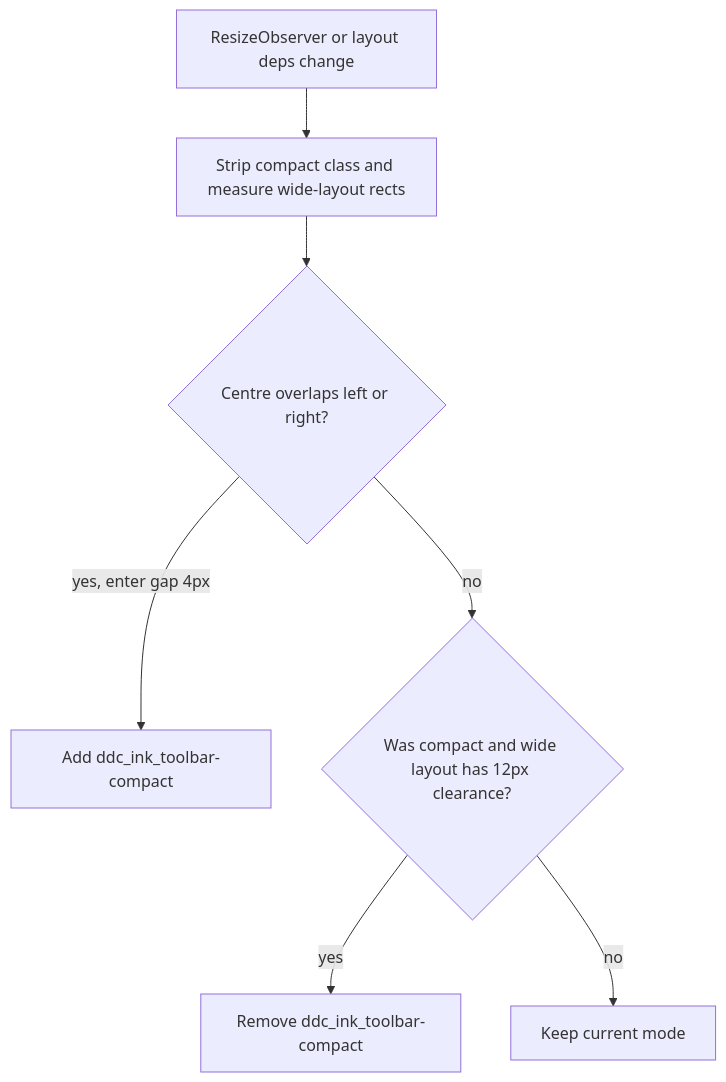
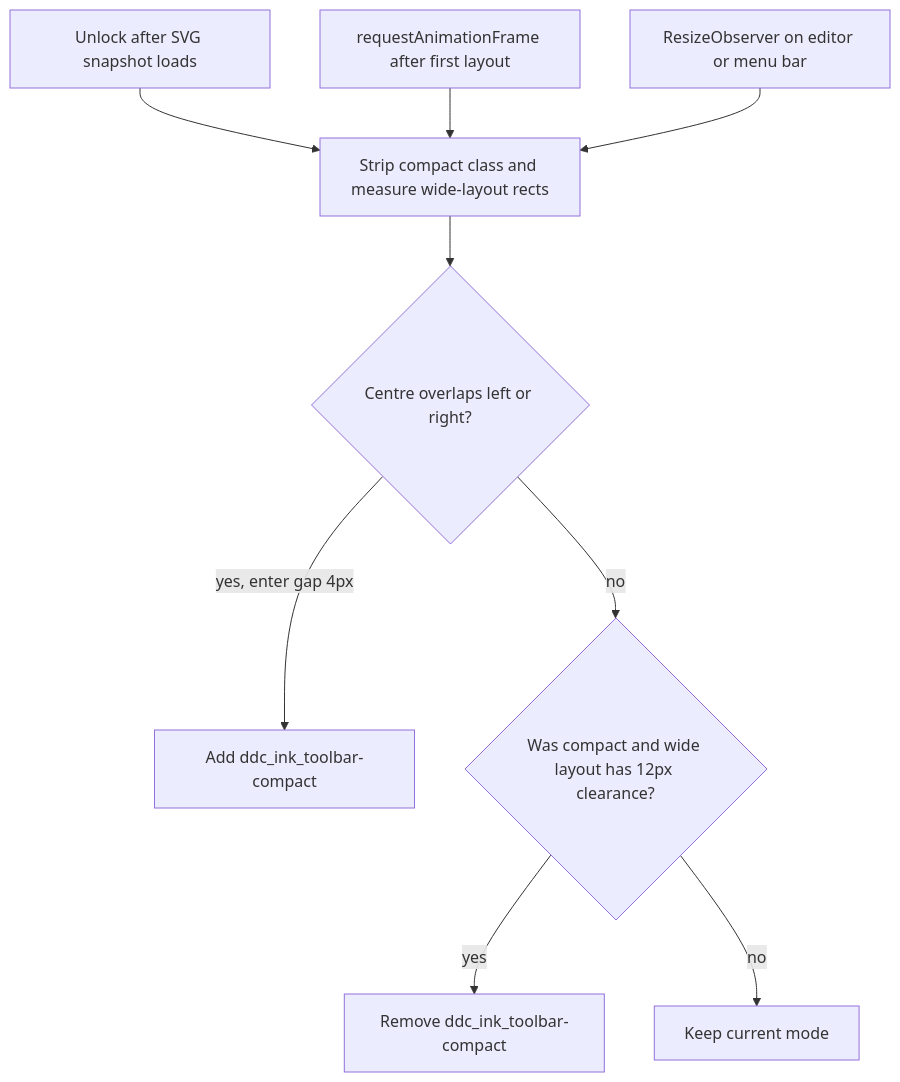
Before and after one commit to daledesilva/obsidian_ink: the first of 3 diagrams in docs/drawing-embed-framing.md, drawn with Mermaid. The commit also changed other lines of this file and 1 other file, not shown here.

Commit message:
documented: Recorded that drawing embed toolbars compact on unlock as well as resize. Captured the snapshot-gated measure so a narrow embed no longer waits for a drag before combining clusters.

````diff
--- a/docs/drawing-embed-framing.md
+++ b/docs/drawing-embed-framing.md
@@ -49,16 +51,21 @@
 ```mermaid
 flowchart TD
-    resize["ResizeObserver or layout deps change"]
+    unlock["Unlock after SVG snapshot loads"]
+    raf["requestAnimationFrame after first layout"]
+    resize["ResizeObserver on editor or menu bar"]
     probe["Strip compact class and measure wide-layout rects"]
     overlap{"Centre overlaps left or right?"}
     enter["Add ddc_ink_toolbar-compact"]
     exitCheck{"Was compact and wide layout has 12px clearance?"}
     exit["Remove ddc_ink_toolbar-compact"]
     stay["Keep current mode"]
 
-    resize --> probe --> overlap
+    unlock --> probe
+    raf --> probe
+    resize --> probe
+    probe --> overlap
     overlap -->|"yes, enter gap 4px"| enter
     overlap -->|no| exitCheck
     exitCheck -->|yes| exit
     exitCheck -->|no| stay
 ```
````
